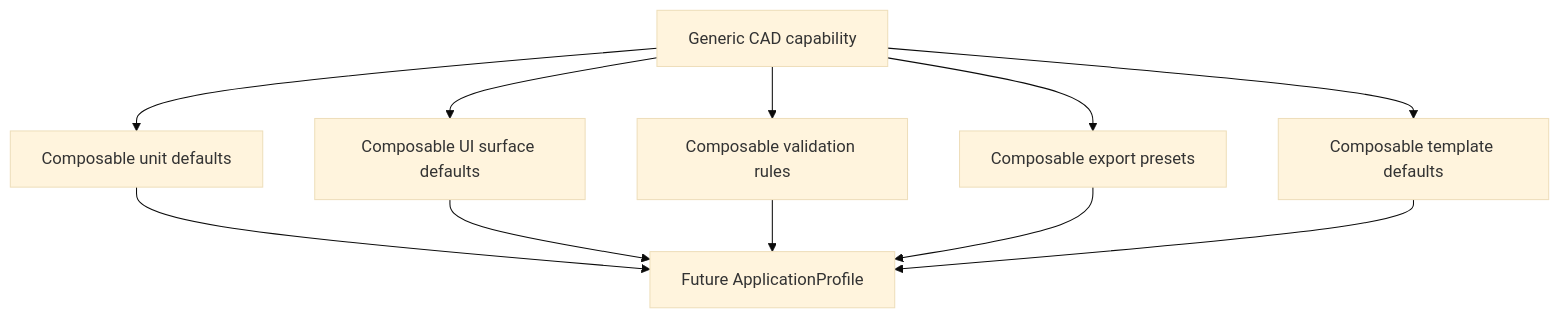
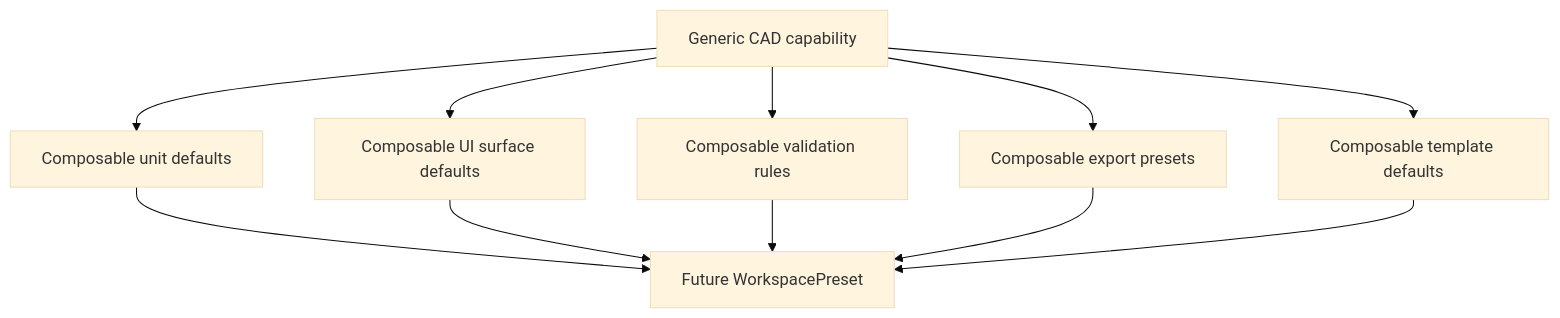
One commit to 1amageek/Rupa changed the second of 2 diagrams in Rupa/UNIVERSAL_CAD_REQUIREMENTS.md. Above: the diagram before and after it, drawn with Mermaid (base theme). The commit also changed other lines of this file and 447 other files, not shown here.

````diff
--- a/Rupa/UNIVERSAL_CAD_REQUIREMENTS.md
+++ b/Rupa/UNIVERSAL_CAD_REQUIREMENTS.md
@@ -226,13 +238,13 @@
 ```mermaid
 flowchart TD
     Generic["Generic CAD capability"] --> Units["Composable unit defaults"]
     Generic --> UI["Composable UI surface defaults"]
     Generic --> Validation["Composable validation rules"]
     Generic --> Export["Composable export presets"]
     Generic --> Template["Composable template defaults"]
-    Units --> Future["Future ApplicationProfile"]
+    Units --> Future["Future WorkspacePreset"]
     UI --> Future
     Validation --> Future
     Export --> Future
     Template --> Future
 ```
````
